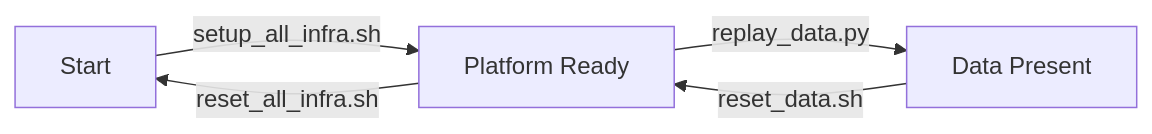
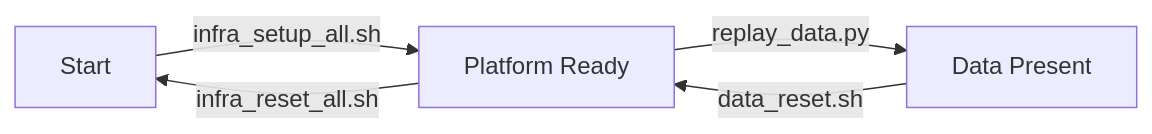
Before and after one commit to Rez99/data-engineering-portfolio: the diagram in project-3-streaming-bot-detection/docs/RUNBOOK.md, drawn with Mermaid. The commit also changed other lines of this file and 35 other files, not shown here.

First line of the commit message:
Refactor and remove milestone verification scripts; update setup and reset scripts

````diff
--- a/project-3-streaming-bot-detection/docs/RUNBOOK.md
+++ b/project-3-streaming-bot-detection/docs/RUNBOOK.md
@@ -13,11 +13,11 @@
 ```mermaid
 flowchart LR
     A["Start"]
     B["Platform Ready"]
     C["Data Present"]
 
-    A -->|setup_all_infra.sh| B
+    A -->|infra_setup_all.sh| B
     B -->|replay_data.py| C
-    C -->|reset_data.sh| B
-    B -->|reset_all_infra.sh| A
+    C -->|data_reset.sh| B
+    B -->|infra_reset_all.sh| A
 ```
````
